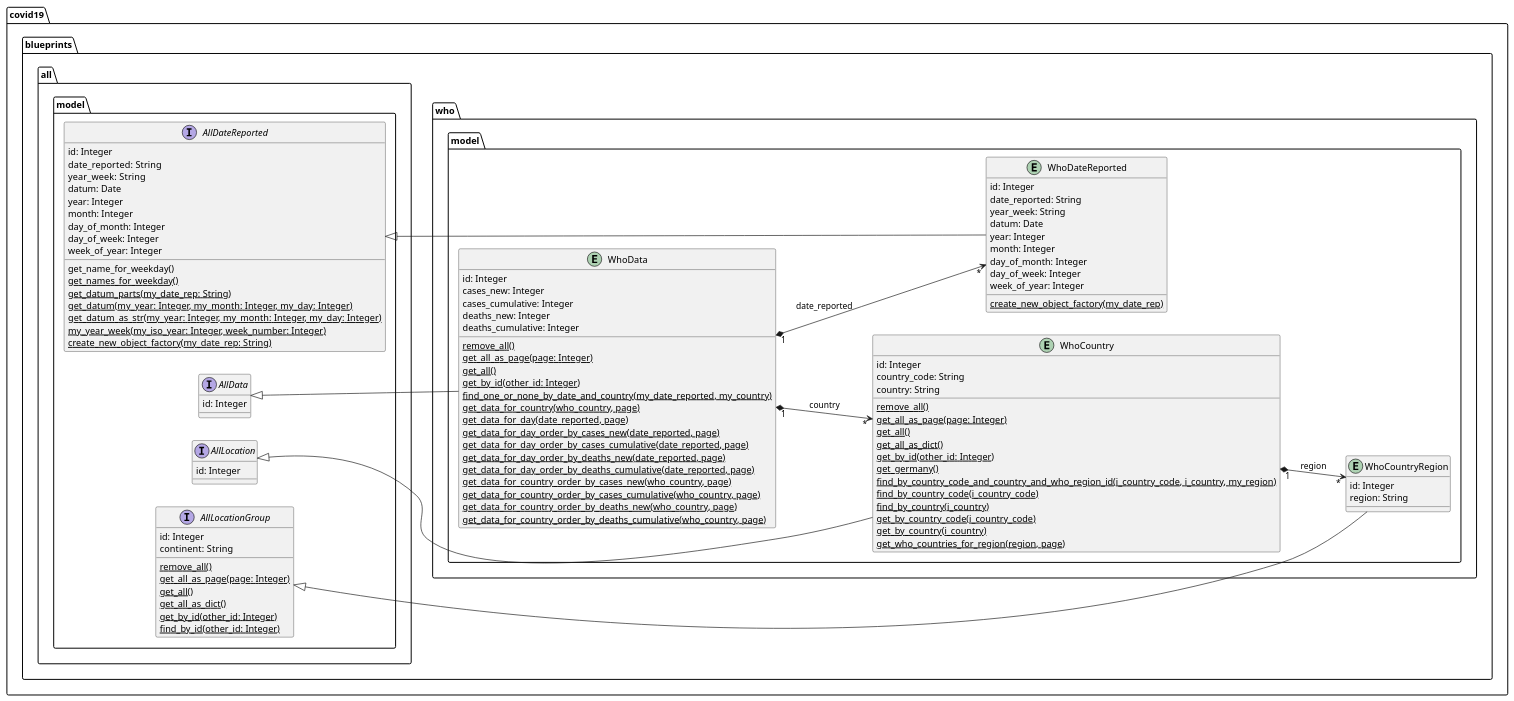
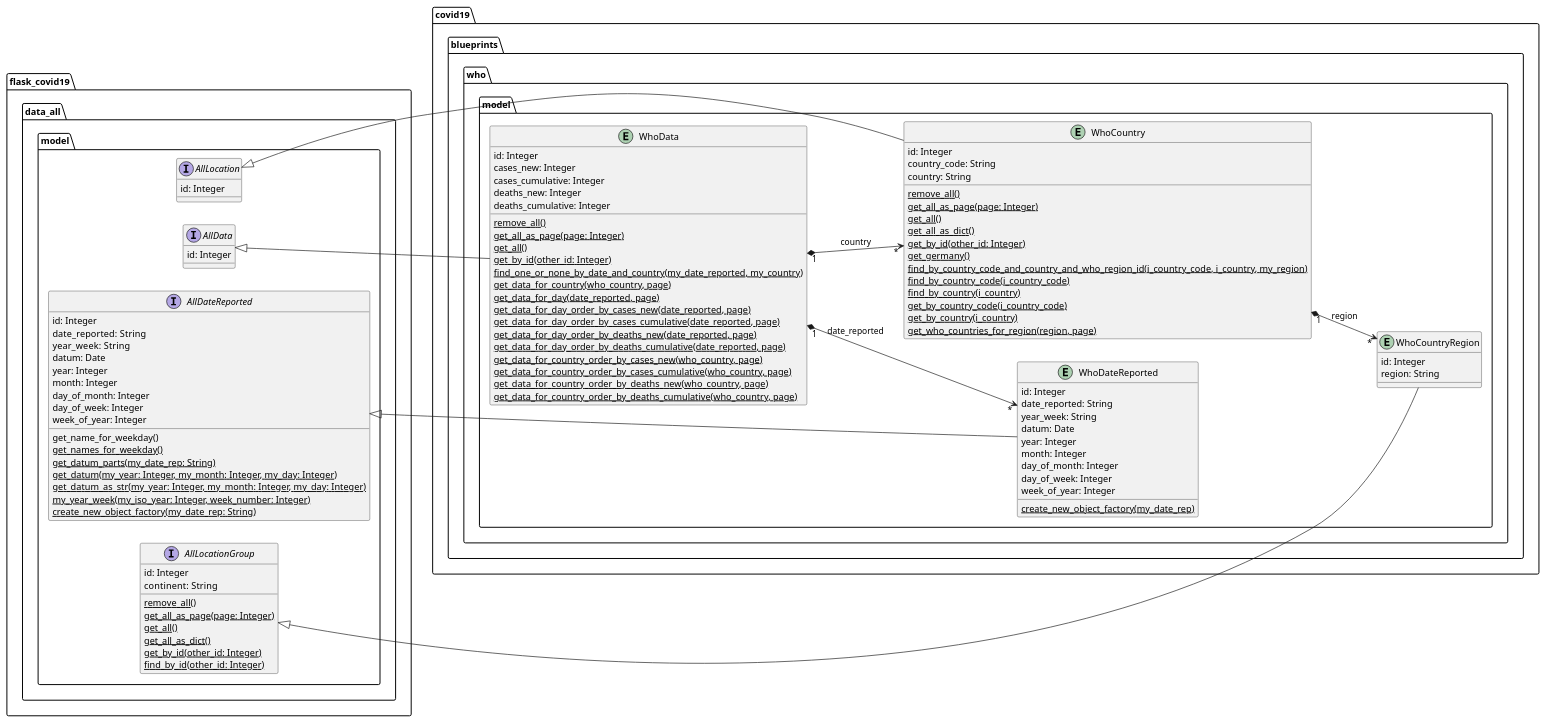
The diagram in docs/blueprints/data_who/uml/who_domain_model_star_schema.puml (thomaswoehlke/flask_covid19), drawn with PlantUML before and after one commit. The commit also changed 3 other files, not shown here.

```diff
--- a/docs/blueprints/data_who/uml/who_domain_model_star_schema.puml
+++ b/docs/blueprints/data_who/uml/who_domain_model_star_schema.puml
@@ -1,117 +1,117 @@
 @startuml
 left to right direction
 
-package covid19.blueprints.all.model {
+package flask_covid19.data_all.model {
 
 	interface AllDateReported {
 	    id: Integer
 		date_reported:  String
 	    year_week:  String
 	    datum: Date
 	    year: Integer
 	    month: Integer
 	    day_of_month: Integer
 	    day_of_week: Integer
 	    week_of_year: Integer
 		get_name_for_weekday()
 		{classifier} get_names_for_weekday()
 		{classifier} get_datum_parts(my_date_rep: String)
 		{classifier} get_datum(my_year: Integer, my_month: Integer, my_day: Integer)
 		{classifier} get_datum_as_str(my_year: Integer, my_month: Integer, my_day: Integer)
 		{classifier} my_year_week(my_iso_year: Integer, week_number: Integer)
 		{classifier} create_new_object_factory(my_date_rep: String)
 	}
 
 	interface AllLocationGroup {
 	    id: Integer
 	    continent:  String
 	    {classifier} remove_all()
 	    {classifier} get_all_as_page(page: Integer)
 	    {classifier} get_all()
 	    {classifier} get_all_as_dict()
 	    {classifier} get_by_id(other_id: Integer)
 	    {classifier} find_by_id(other_id: Integer)
 	}
 
 	interface AllLocation {
 	    id: Integer
     }
 
 	interface AllData {
 	    id: Integer
 	}
 
 }
 
 package covid19.blueprints.who.model {
 
 	entity WhoDateReported {
 	    id: Integer
 		date_reported: String
 	    year_week: String
 	    datum: Date
 	    year: Integer
 	    month: Integer
 	    day_of_month: Integer
 	    day_of_week: Integer
 	    week_of_year: Integer
 	    {classifier} create_new_object_factory(my_date_rep)
 	}
 
 	entity WhoCountryRegion {
 	    id: Integer
 	    region: String
 	}
 
 	entity WhoCountry {
 	    id: Integer
 		country_code: String
 	    country: String
 	    {classifier} remove_all()
 	    {classifier} get_all_as_page(page: Integer)
 	    {classifier} get_all()
 	    {classifier} get_all_as_dict()
 	    {classifier} get_by_id(other_id: Integer)
 	    {classifier} get_germany()
 	    {classifier} find_by_country_code_and_country_and_who_region_id(i_country_code, i_country, my_region)
 	    {classifier} find_by_country_code(i_country_code)
 	    {classifier} find_by_country(i_country)
 	    {classifier} get_by_country_code(i_country_code)
 	    {classifier} get_by_country(i_country)
 	    {classifier} get_who_countries_for_region(region, page)
 	}
 
 	entity WhoData {
 	    id: Integer
 		cases_new: Integer
 	    cases_cumulative: Integer
 	    deaths_new: Integer
 	    deaths_cumulative: Integer
 	    {classifier} remove_all()
 	    {classifier} get_all_as_page(page: Integer)
 	    {classifier} get_all()
 	    {classifier} get_by_id(other_id: Integer)
 	    {classifier} find_one_or_none_by_date_and_country(my_date_reported, my_country)
 	    {classifier} get_data_for_country(who_country, page)
 	    {classifier} get_data_for_day(date_reported, page)
 	    {classifier} get_data_for_day_order_by_cases_new(date_reported, page)
 	    {classifier} get_data_for_day_order_by_cases_cumulative(date_reported, page)
 	    {classifier} get_data_for_day_order_by_deaths_new(date_reported, page)
 	    {classifier} get_data_for_day_order_by_deaths_cumulative(date_reported, page)
 	    {classifier} get_data_for_country_order_by_cases_new(who_country, page)
 	    {classifier} get_data_for_country_order_by_cases_cumulative(who_country, page)
 	    {classifier} get_data_for_country_order_by_deaths_new(who_country, page)
 	    {classifier} get_data_for_country_order_by_deaths_cumulative(who_country, page)
 	}
 }
 
 AllDateReported <|-- WhoDateReported
 AllLocationGroup <|-- WhoCountryRegion
 AllLocation <|-- WhoCountry
 AllData <|-- WhoData
 
 WhoCountry "1" *--> "*" WhoCountryRegion : region
 WhoData "1" *--> "*" WhoCountry : country
 WhoData "1" *--> "*" WhoDateReported : date_reported
 
 @enduml
```
